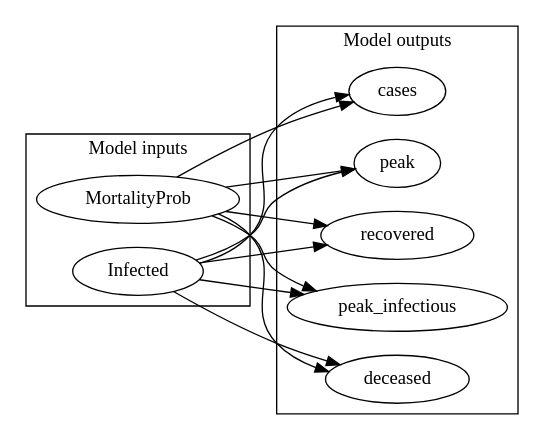
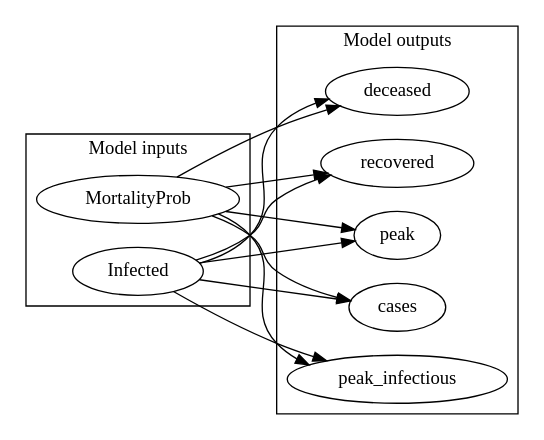
Before and after one commit to CITCOM-project/causcumber: the diagram in scenarios/influenza1918/dags/influenza1918_abstract.dot, drawn with Graphviz. The commit also changed other lines of this file and 4 other files, not shown here.

```diff
--- a/scenarios/influenza1918/dags/influenza1918_abstract.dot
+++ b/scenarios/influenza1918/dags/influenza1918_abstract.dot
@@ -1,28 +1,28 @@
 digraph "" {
 	graph [newrank=True,
 		rankdir=LR
 	];
+	subgraph cluster_outputs {
+		graph [label="Model outputs"];
+		peak_infectious;
+		deceased;
+		recovered;
+		peak;
+		cases;
+	}
 	subgraph cluster_inputs {
 		graph [label="Model inputs"];
 		MortalityProb;
 		Infected;
 	}
-	subgraph cluster_outputs {
-		graph [label="Model outputs"];
-		peak_infectious;
-		deceased;
-		cases;
-		peak;
-		recovered;
-	}
 	MortalityProb -> peak_infectious;
 	MortalityProb -> deceased;
+	MortalityProb -> recovered;
+	MortalityProb -> peak;
 	MortalityProb -> cases;
-	MortalityProb -> peak;
-	MortalityProb -> recovered;
 	Infected -> peak_infectious;
 	Infected -> deceased;
+	Infected -> recovered;
+	Infected -> peak;
 	Infected -> cases;
-	Infected -> peak;
-	Infected -> recovered;
 }
```
